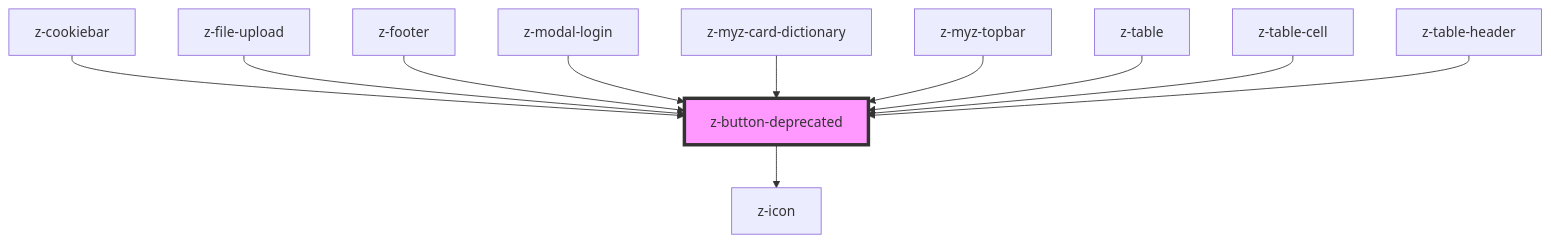
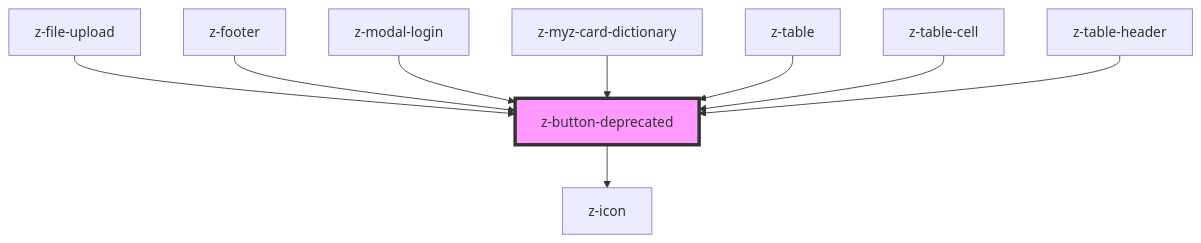
Before and after one commit to ZanichelliEditore/design-system: the diagram in src/deprecated/z-button-deprecated/readme.md, drawn with Mermaid. The commit also changed other lines of this file and 11 other files, not shown here.

Commit message:
chore: replace z-button new on z-cookiebar and myz-topbar

````diff
--- a/src/deprecated/z-button-deprecated/readme.md
+++ b/src/deprecated/z-button-deprecated/readme.md
@@ -72,14 +70,12 @@
 ```mermaid
 graph TD;
   z-button-deprecated --> z-icon
-  z-cookiebar --> z-button-deprecated
   z-file-upload --> z-button-deprecated
   z-footer --> z-button-deprecated
   z-modal-login --> z-button-deprecated
   z-myz-card-dictionary --> z-button-deprecated
-  z-myz-topbar --> z-button-deprecated
   z-table --> z-button-deprecated
   z-table-cell --> z-button-deprecated
   z-table-header --> z-button-deprecated
   style z-button-deprecated fill:#f9f,stroke:#333,stroke-width:4px
 ```
````
